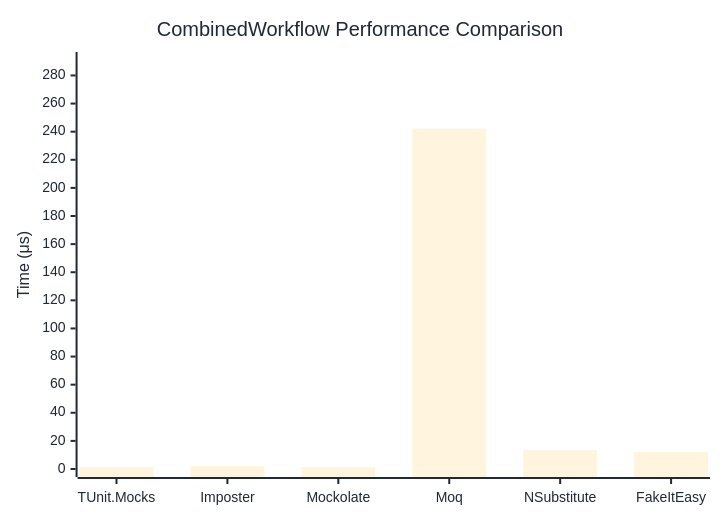
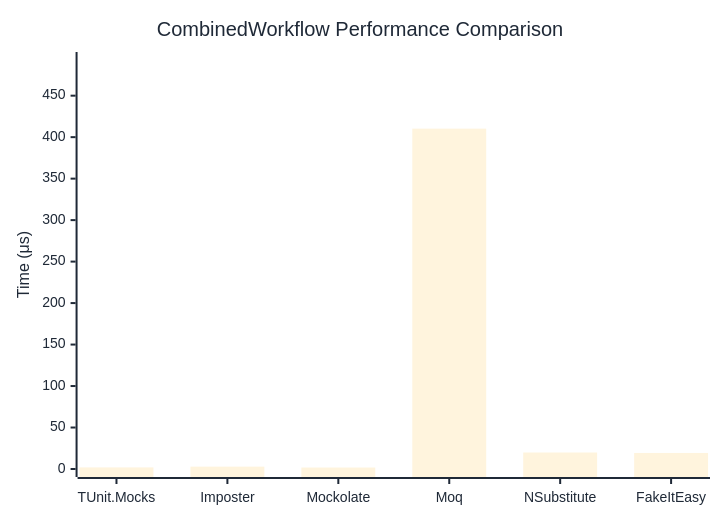
The diagram in docs/docs/benchmarks/mocks/CombinedWorkflow.md (thomhurst/TUnit), drawn with Mermaid before and after one commit. The commit also changed other lines of this file and 14 other files, not shown here.

````diff
--- a/docs/docs/benchmarks/mocks/CombinedWorkflow.md
+++ b/docs/docs/benchmarks/mocks/CombinedWorkflow.md
@@ -30,27 +30,27 @@
 ```mermaid
 %%{init: {
   'theme':'base',
   'themeVariables': {
     'primaryColor': '#2563eb',
     'primaryTextColor': '#1f2937',
     'primaryBorderColor': '#1e40af',
     'lineColor': '#6b7280',
     'secondaryColor': '#7c3aed',
     'tertiaryColor': '#dc2626',
     'background': '#ffffff',
     'pie1': '#2563eb',
     'pie2': '#7c3aed',
     'pie3': '#dc2626',
     'pie4': '#f59e0b',
     'pie5': '#10b981',
     'pie6': '#06b6d4',
     'pie7': '#ec4899',
     'pie8': '#6366f1'
   }
 }}%%
 xychart-beta
   title "CombinedWorkflow Performance Comparison"
   x-axis ["TUnit.Mocks", "Imposter", "Mockolate", "Moq", "NSubstitute", "FakeItEasy"]
-  y-axis "Time (μs)" 0 --> 291
-  bar [1.438, 2.065, 1.339, 242.209, 13.449, 12.234]
+  y-axis "Time (μs)" 0 --> 493
+  bar [1.919, 2.835, 1.759, 410.27, 19.877, 19.319]
 ```
````
